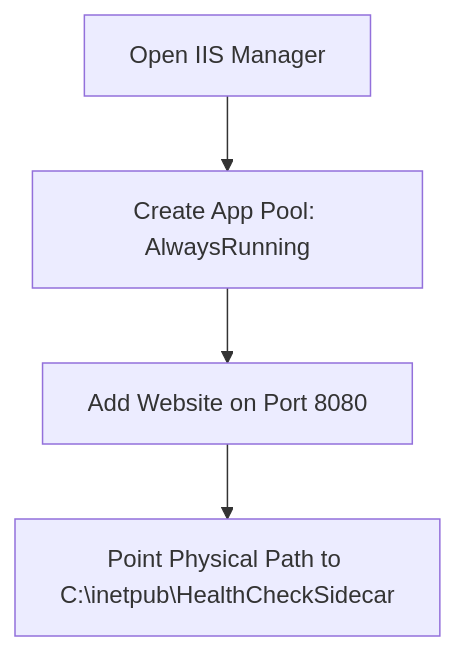
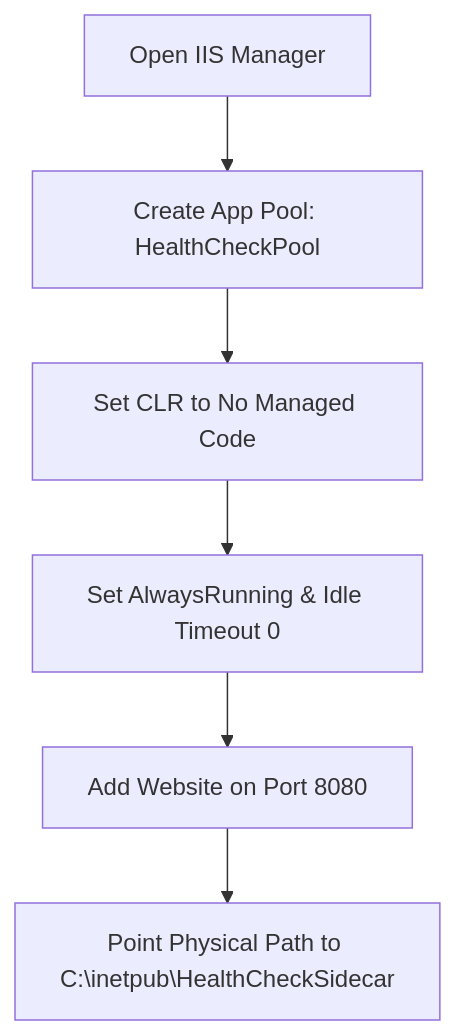
The first of 2 diagrams in readme.md (f5devcentral/IIS10-Health-Check), drawn with Mermaid before and after one commit. The commit also changed other lines of this file and 5 other files, not shown here.

Commit message:
Implement .NET 8 Web API HealthCheckSidecar for IIS deployment

````diff
--- a/readme.md
+++ b/readme.md
@@ -37,6 +82,8 @@
 ```mermaid
 graph TD
-    A[Open IIS Manager] --> B[Create App Pool: AlwaysRunning]
-    B --> C[Add Website on Port 8080]
-    C --> D[Point Physical Path to C:\inetpub\HealthCheckSidecar]
+    A[Open IIS Manager] --> B[Create App Pool: HealthCheckPool]
+    B --> C[Set CLR to No Managed Code]
+    C --> D[Set AlwaysRunning & Idle Timeout 0]
+    D --> E[Add Website on Port 8080]
+    E --> F[Point Physical Path to C:\inetpub\HealthCheckSidecar]
 ```
````
